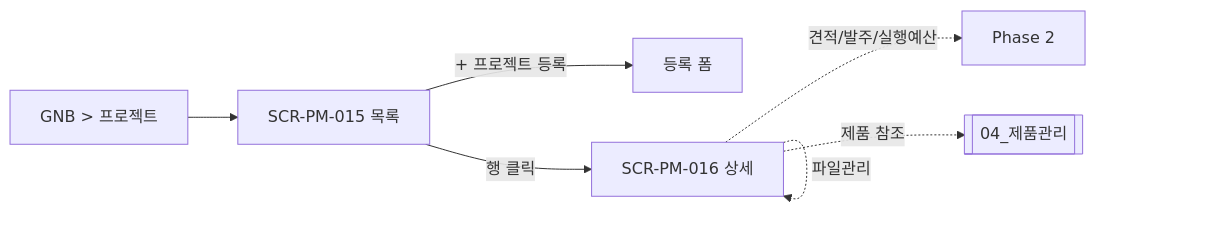
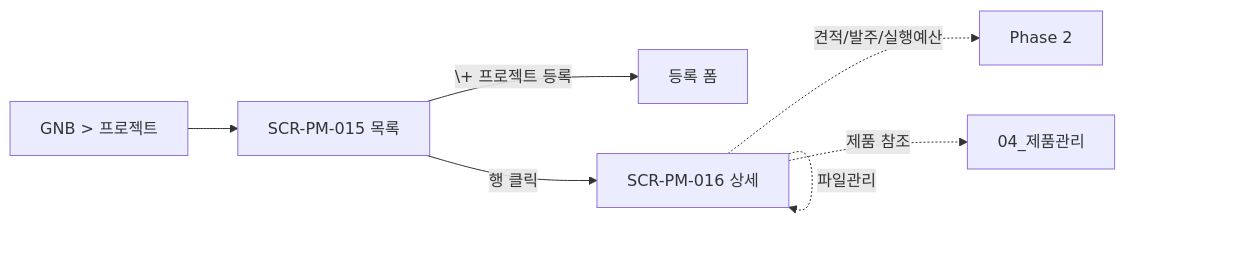
One commit to team-codecraft/wims2.0 changed the diagram in docs/3_DE(설계)/DE22-1_화면설계서/sections/06_프로젝트관리.md. Above: the diagram before and after it, drawn with Mermaid. The commit also changed other lines of this file and 10 other files, not shown here.

First line of the commit message:
chore: 잡동사니 변경 모음 — Mermaid 문법 수정, editor/package 설정, poc-mermaid 추가

````diff
--- a/docs/3_DE(설계)/DE22-1_화면설계서/sections/06_프로젝트관리.md
+++ b/docs/3_DE(설계)/DE22-1_화면설계서/sections/06_프로젝트관리.md
@@ -30,12 +31,12 @@
 ```mermaid
 flowchart LR
-  GNB[GNB > 프로젝트] --> L[SCR-PM-015 목록]
-  L -->|+ 프로젝트 등록| N[등록 폼]
+  GNB["GNB > 프로젝트"] --> L[SCR-PM-015 목록]
+  L -->|\+ 프로젝트 등록| N[등록 폼]
   L -->|행 클릭| D[SCR-PM-016 상세]
   D -.기본정보.-> D
   D -.멤버.-> D
   D -.체크리스트.-> D
   D -.파일관리.-> D
   D -.견적/발주/실행예산.-> P2[Phase 2]
-  D -.제품 참조.-> PR[[04_제품관리]]
+  D -.제품 참조.-> PR[04_제품관리]
 ```
````
